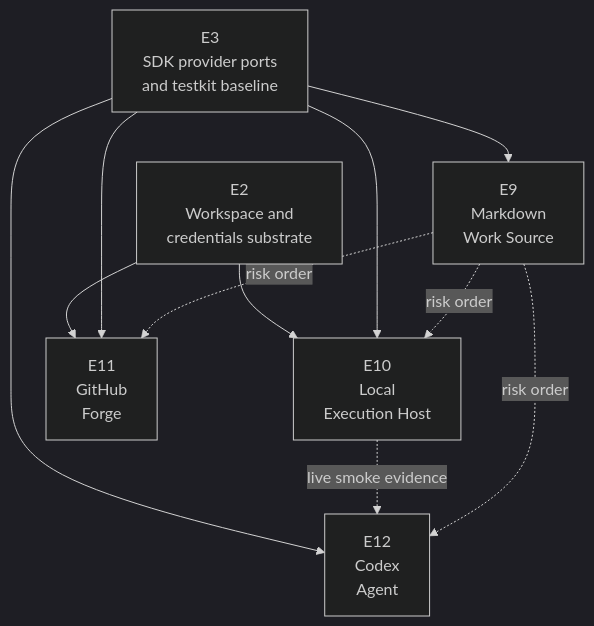
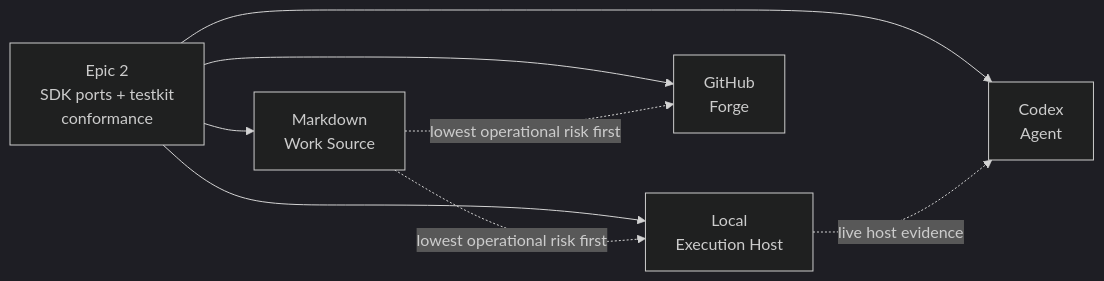
The second of 2 diagrams in docs/implementation/epic-dag.md (aryeko/agentic-workflow-kit), drawn with Mermaid (dark theme) before and after one commit. The commit also changed other lines of this file and 1 other file, not shown here.

Commit message:
docs: raise epic dag to milestones

````diff
--- a/docs/implementation/epic-dag.md
+++ b/docs/implementation/epic-dag.md
@@ -122,20 +103,16 @@
 ```mermaid
-flowchart TB
-  E2["E2<br/>Workspace and<br/>credentials substrate"]
-  E3["E3<br/>SDK provider ports<br/>and testkit baseline"]
-  E9["E9<br/>Markdown<br/>Work Source"]
-  E10["E10<br/>Local<br/>Execution Host"]
-  E11["E11<br/>GitHub<br/>Forge"]
-  E12["E12<br/>Codex<br/>Agent"]
+flowchart LR
+  Contracts["Epic 2<br/>SDK ports + testkit<br/>conformance"]
+  Markdown["Markdown<br/>Work Source"]
+  Local["Local<br/>Execution Host"]
+  GitHub["GitHub<br/>Forge"]
+  Codex["Codex<br/>Agent"]
 
-  E3 --> E9
-  E2 --> E10
-  E3 --> E10
-  E2 --> E11
-  E3 --> E11
-  E3 --> E12
-  E10 -. "live smoke evidence" .-> E12
-  E9 -. "risk order" .-> E10
-  E9 -. "risk order" .-> E11
-  E9 -. "risk order" .-> E12
+  Contracts --> Markdown
+  Contracts --> Local
+  Contracts --> GitHub
+  Contracts --> Codex
+  Markdown -. "lowest operational risk first" .-> Local
+  Markdown -. "lowest operational risk first" .-> GitHub
+  Local -. "live host evidence" .-> Codex
 ```
````
